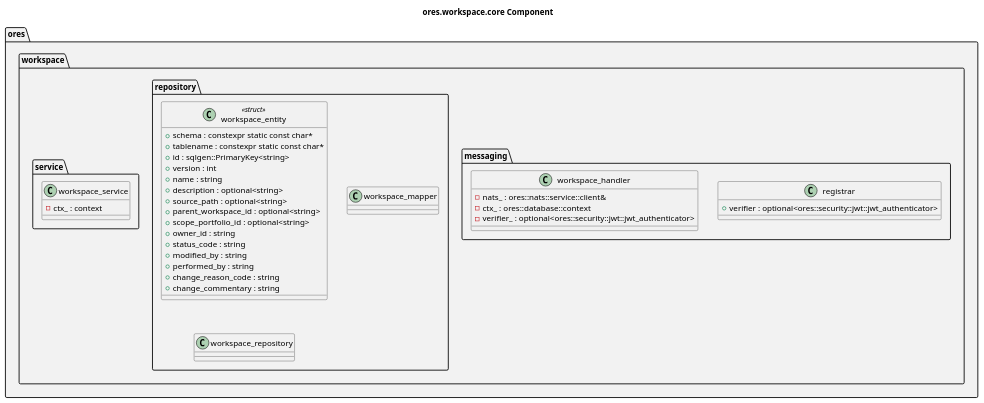
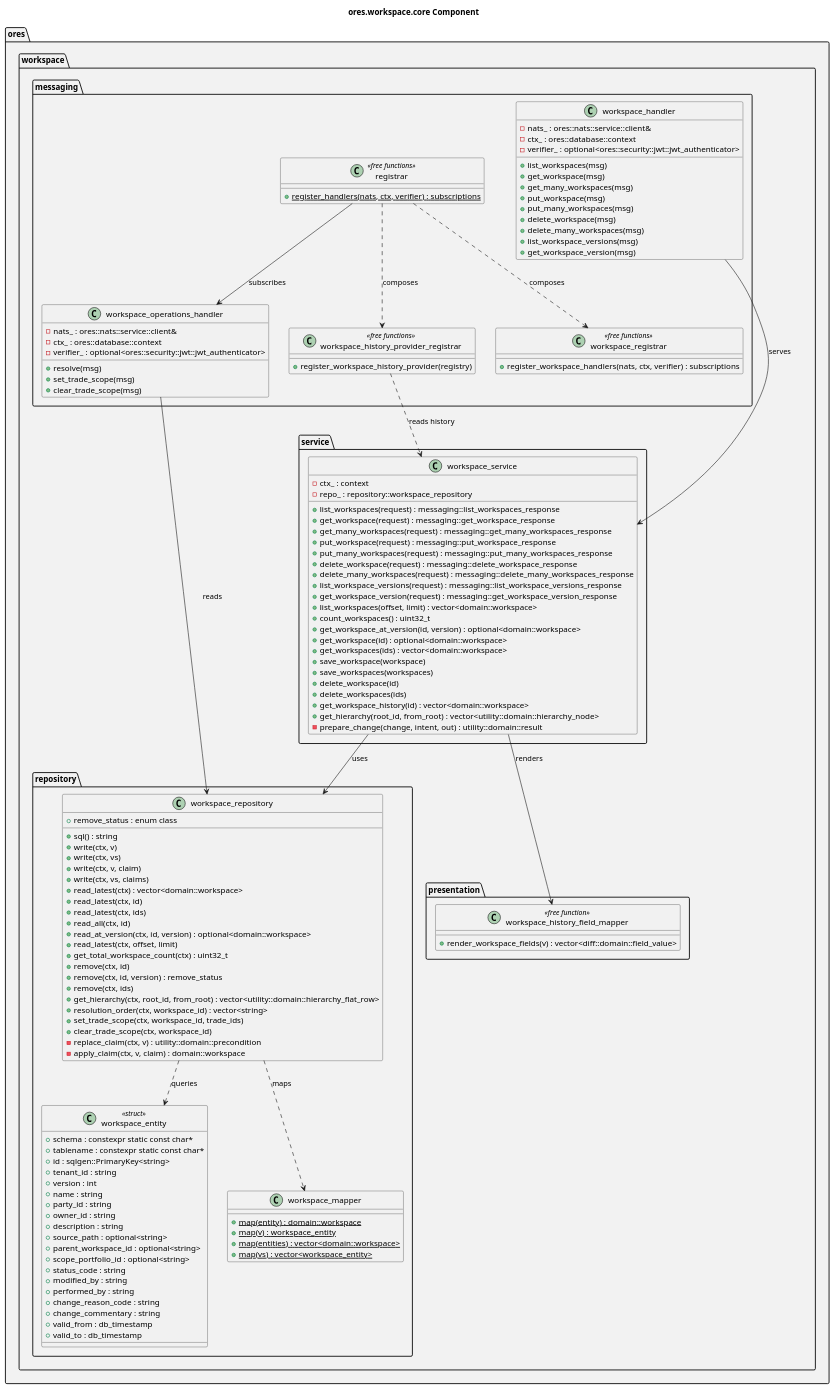
The diagram in projects/ores.workspace/core/modeling/ores.workspace.core.puml (OreStudio/OreStudio), drawn with PlantUML before and after one commit. The commit also changed 73 other files, not shown here.

```diff
--- a/projects/ores.workspace/core/modeling/ores.workspace.core.puml
+++ b/projects/ores.workspace/core/modeling/ores.workspace.core.puml
@@ -18,55 +18,154 @@
 @startuml
 
 title ores.workspace.core Component
 
 set namespaceSeparator ::
 
 namespace ores #F2F2F2 {
     namespace workspace #F2F2F2 {
         namespace messaging #F2F2F2 {
-            class registrar {
-                +verifier : optional<ores::security::jwt::jwt_authenticator>
+            class registrar <<free functions>> {
+                {static} +register_handlers(nats, ctx, verifier) : subscriptions
             }
             class workspace_handler {
                 -nats_ : ores::nats::service::client&
                 -ctx_ : ores::database::context
                 -verifier_ : optional<ores::security::jwt::jwt_authenticator>
+                +list_workspaces(msg)
+                +get_workspace(msg)
+                +get_many_workspaces(msg)
+                +put_workspace(msg)
+                +put_many_workspaces(msg)
+                +delete_workspace(msg)
+                +delete_many_workspaces(msg)
+                +list_workspace_versions(msg)
+                +get_workspace_version(msg)
+            }
+            class workspace_history_provider_registrar <<free functions>> {
+                +register_workspace_history_provider(registry)
+            }
+            class workspace_operations_handler {
+                -nats_ : ores::nats::service::client&
+                -ctx_ : ores::database::context
+                -verifier_ : optional<ores::security::jwt::jwt_authenticator>
+                +resolve(msg)
+                +set_trade_scope(msg)
+                +clear_trade_scope(msg)
+            }
+            class workspace_registrar <<free functions>> {
+                +register_workspace_handlers(nats, ctx, verifier) : subscriptions
+            }
+        }
+        namespace presentation #F2F2F2 {
+            class workspace_history_field_mapper <<free function>> {
+                +render_workspace_fields(v) : vector<diff::domain::field_value>
             }
         }
         namespace repository #F2F2F2 {
             class workspace_entity <<struct>> {
                 +schema : constexpr static const char*
                 +tablename : constexpr static const char*
                 +id : sqlgen::PrimaryKey<string>
+                +tenant_id : string
                 +version : int
                 +name : string
-                +description : optional<string>
+                +party_id : string
+                +owner_id : string
+                +description : string
                 +source_path : optional<string>
                 +parent_workspace_id : optional<string>
                 +scope_portfolio_id : optional<string>
-                +owner_id : string
                 +status_code : string
                 +modified_by : string
                 +performed_by : string
                 +change_reason_code : string
                 +change_commentary : string
+                +valid_from : db_timestamp
+                +valid_to : db_timestamp
             }
             class workspace_mapper {
+                {static} +map(entity) : domain::workspace
+                {static} +map(v) : workspace_entity
+                {static} +map(entities) : vector<domain::workspace>
+                {static} +map(vs) : vector<workspace_entity>
             }
             class workspace_repository {
+                +sql() : string
+                +write(ctx, v)
+                +write(ctx, vs)
+                +write(ctx, v, claim)
+                +write(ctx, vs, claims)
+                +read_latest(ctx) : vector<domain::workspace>
+                +read_latest(ctx, id)
+                +read_latest(ctx, ids)
+                +read_all(ctx, id)
+                +read_at_version(ctx, id, version) : optional<domain::workspace>
+                +read_latest(ctx, offset, limit)
+                +get_total_workspace_count(ctx) : uint32_t
+                +remove(ctx, id)
+                +remove(ctx, id, version) : remove_status
+                +remove(ctx, ids)
+                +get_hierarchy(ctx, root_id, from_root) : vector<utility::domain::hierarchy_flat_row>
+                +resolution_order(ctx, workspace_id) : vector<string>
+                +set_trade_scope(ctx, workspace_id, trade_ids)
+                +clear_trade_scope(ctx, workspace_id)
+                +remove_status : enum class
+                -replace_claim(ctx, v) : utility::domain::precondition
+                -apply_claim(ctx, v, claim) : domain::workspace
             }
         }
         namespace service #F2F2F2 {
             class workspace_service {
                 -ctx_ : context
+                -repo_ : repository::workspace_repository
+                +list_workspaces(request) : messaging::list_workspaces_response
+                +get_workspace(request) : messaging::get_workspace_response
+                +get_many_workspaces(request) : messaging::get_many_workspaces_response
+                +put_workspace(request) : messaging::put_workspace_response
+                +put_many_workspaces(request) : messaging::put_many_workspaces_response
+                +delete_workspace(request) : messaging::delete_workspace_response
+                +delete_many_workspaces(request) : messaging::delete_many_workspaces_response
+                +list_workspace_versions(request) : messaging::list_workspace_versions_response
+                +get_workspace_version(request) : messaging::get_workspace_version_response
+                +list_workspaces(offset, limit) : vector<domain::workspace>
+                +count_workspaces() : uint32_t
+                +get_workspace_at_version(id, version) : optional<domain::workspace>
+                +get_workspace(id) : optional<domain::workspace>
+                +get_workspaces(ids) : vector<domain::workspace>
+                +save_workspace(workspace)
+                +save_workspaces(workspaces)
+                +delete_workspace(id)
+                +delete_workspaces(ids)
+                +get_workspace_history(id) : vector<domain::workspace>
+                +get_hierarchy(root_id, from_root) : vector<utility::domain::hierarchy_node>
+                -prepare_change(change, intent, out) : utility::domain::result
             }
         }
     }
 }
+
+' ---------------------------------------------------------------------------
+' Relationships, which the member list cannot show: every dependency below is
+' a call or an interface, not a data member.
+' ---------------------------------------------------------------------------
+
+ores::workspace::messaging::registrar ..> ores::workspace::messaging::workspace_registrar : composes
+ores::workspace::messaging::registrar ..> ores::workspace::messaging::workspace_history_provider_registrar : composes
+ores::workspace::messaging::registrar --> ores::workspace::messaging::workspace_operations_handler : subscribes
+
+ores::workspace::messaging::workspace_handler --> ores::workspace::service::workspace_service : serves
+ores::workspace::messaging::workspace_operations_handler --> ores::workspace::repository::workspace_repository : reads
+
+ores::workspace::service::workspace_service --> ores::workspace::repository::workspace_repository : uses
+ores::workspace::service::workspace_service --> ores::workspace::presentation::workspace_history_field_mapper : renders
+ores::workspace::messaging::workspace_history_provider_registrar ..> ores::workspace::service::workspace_service : reads history
+
+ores::workspace::repository::workspace_repository ..> ores::workspace::repository::workspace_mapper : maps
+ores::workspace::repository::workspace_repository ..> ores::workspace::repository::workspace_entity : queries
 
 ' --- manual: everything below this line is hand-authored; the script preserves it ---
 
 ' Local Variables:
 ' compile-command: "java -Djava.awt.headless=true -DPLANTUML_SECURITY_PROFILE=UNSECURE -DPLANTUML_LIMIT_SIZE=65535 -jar /usr/share/plantuml/plantuml.jar ores.workspace.core.puml"
 ' End:
 @enduml
```
